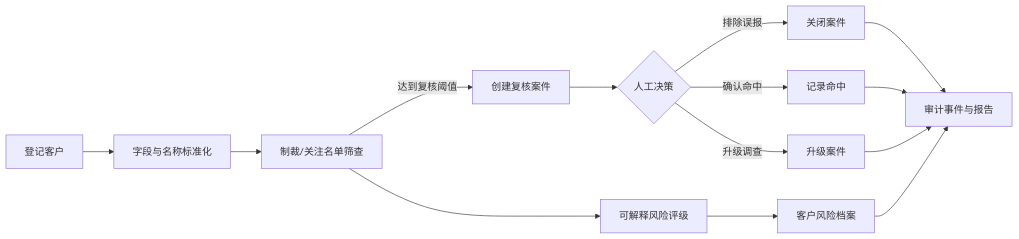
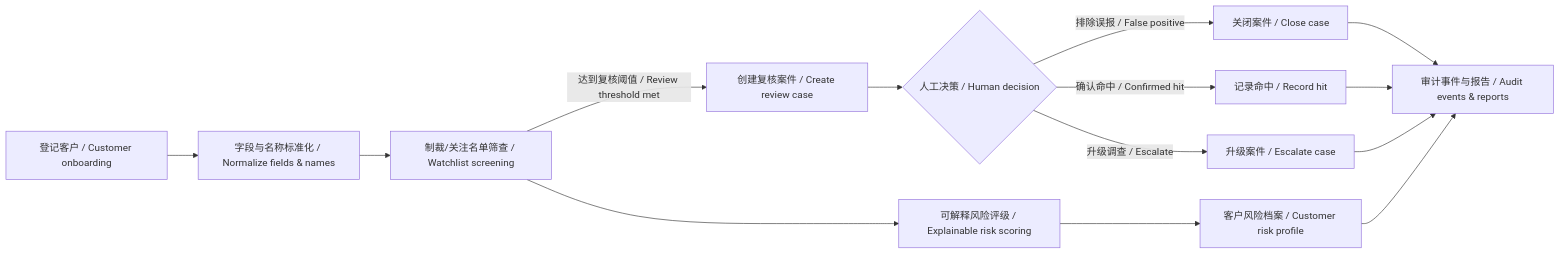
Before and after one commit to Jackiee02/KYC-Compliance-System: the diagram in README.md, drawn with Mermaid. The commit also changed other lines of this file, not shown here.

````diff
--- a/README.md
+++ b/README.md
@@ -62,16 +89,16 @@
 ```mermaid
 flowchart LR
-    A[登记客户] --> B[字段与名称标准化]
-    B --> C[制裁/关注名单筛查]
-    C --> D[可解释风险评级]
-    C -->|达到复核阈值| E[创建复核案件]
-    E --> F{人工决策}
-    F -->|排除误报| G[关闭案件]
-    F -->|确认命中| H[记录命中]
-    F -->|升级调查| I[升级案件]
-    D --> J[客户风险档案]
-    G --> K[审计事件与报告]
+    A[登记客户 / Customer onboarding] --> B[字段与名称标准化 / Normalize fields & names]
+    B --> C[制裁/关注名单筛查 / Watchlist screening]
+    C --> D[可解释风险评级 / Explainable risk scoring]
+    C -->|达到复核阈值 / Review threshold met| E[创建复核案件 / Create review case]
+    E --> F{人工决策 / Human decision}
+    F -->|排除误报 / False positive| G[关闭案件 / Close case]
+    F -->|确认命中 / Confirmed hit| H[记录命中 / Record hit]
+    F -->|升级调查 / Escalate| I[升级案件 / Escalate case]
+    D --> J[客户风险档案 / Customer risk profile]
+    G --> K[审计事件与报告 / Audit events & reports]
     H --> K
     I --> K
     J --> K
 ```
````
